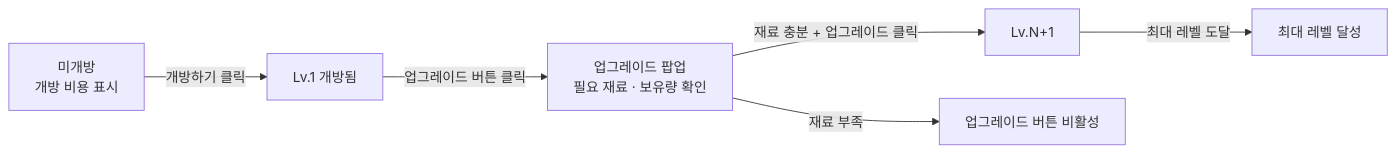
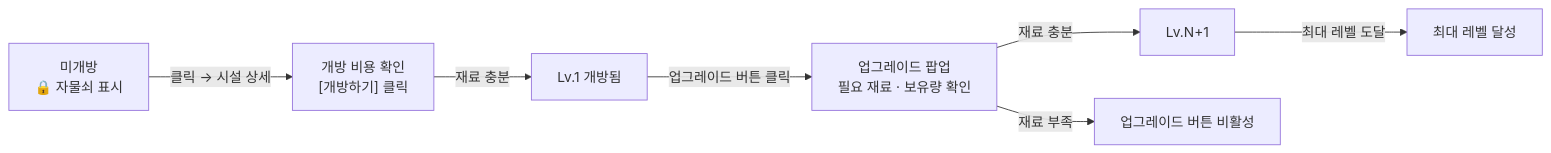
The sixth of 8 diagrams in structure.md (dla9556/DE_Hideout), drawn with Mermaid before and after one commit. The commit also changed other lines of this file and 5 other files, not shown here.

````diff
--- a/structure.md
+++ b/structure.md
@@ -277,8 +294,9 @@
 ```mermaid
 flowchart LR
-    LOCKED["미개방\n개방 비용 표시"] -->|개방하기 클릭| OPEN["Lv.1 개방됨"]
+    LOCKED["미개방\n🔒 자물쇠 표시"] -->|클릭 → 시설 상세| OPEN_DETAIL["개방 비용 확인\n[개방하기] 클릭"]
+    OPEN_DETAIL -->|재료 충분| OPEN["Lv.1 개방됨"]
     OPEN -->|업그레이드 버튼 클릭| MODAL["업그레이드 팝업\n필요 재료 · 보유량 확인"]
-    MODAL -->|재료 충분 + 업그레이드 클릭| NEXT["Lv.N+1"]
+    MODAL -->|재료 충분| NEXT["Lv.N+1"]
     MODAL -->|재료 부족| DISABLED["업그레이드 버튼 비활성"]
     NEXT -->|최대 레벨 도달| MAX["최대 레벨 달성"]
 ```
````
